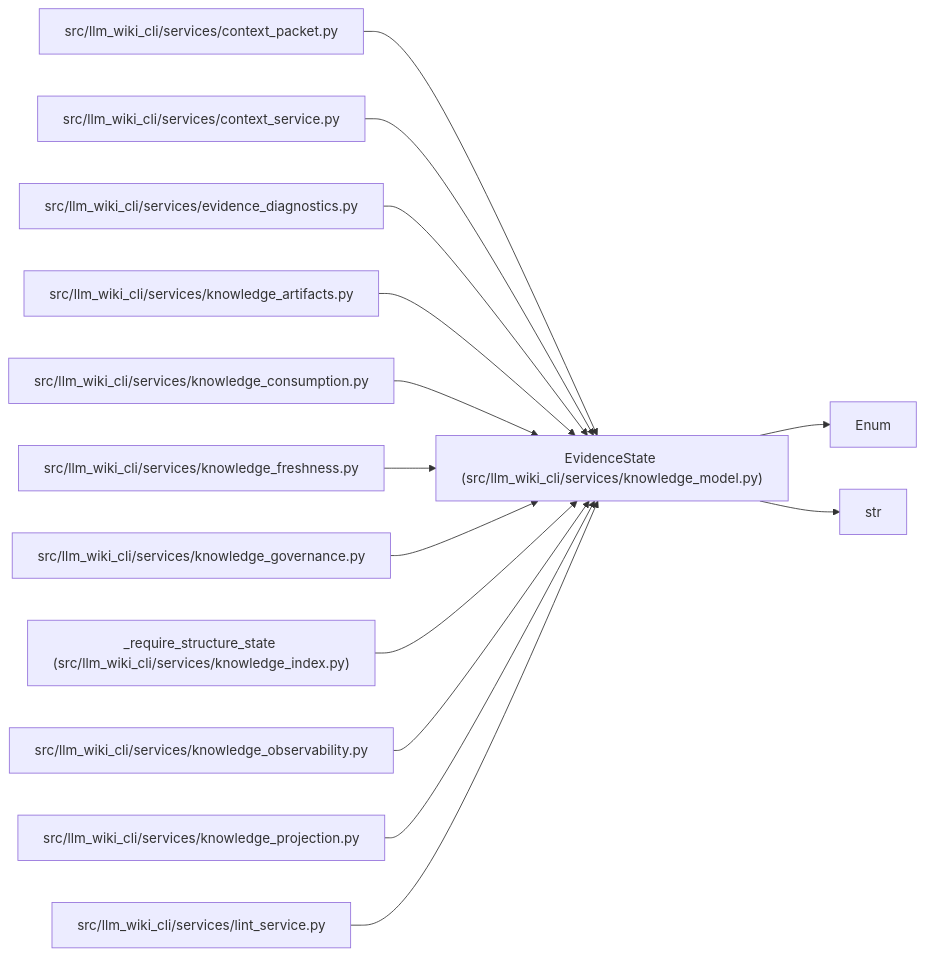
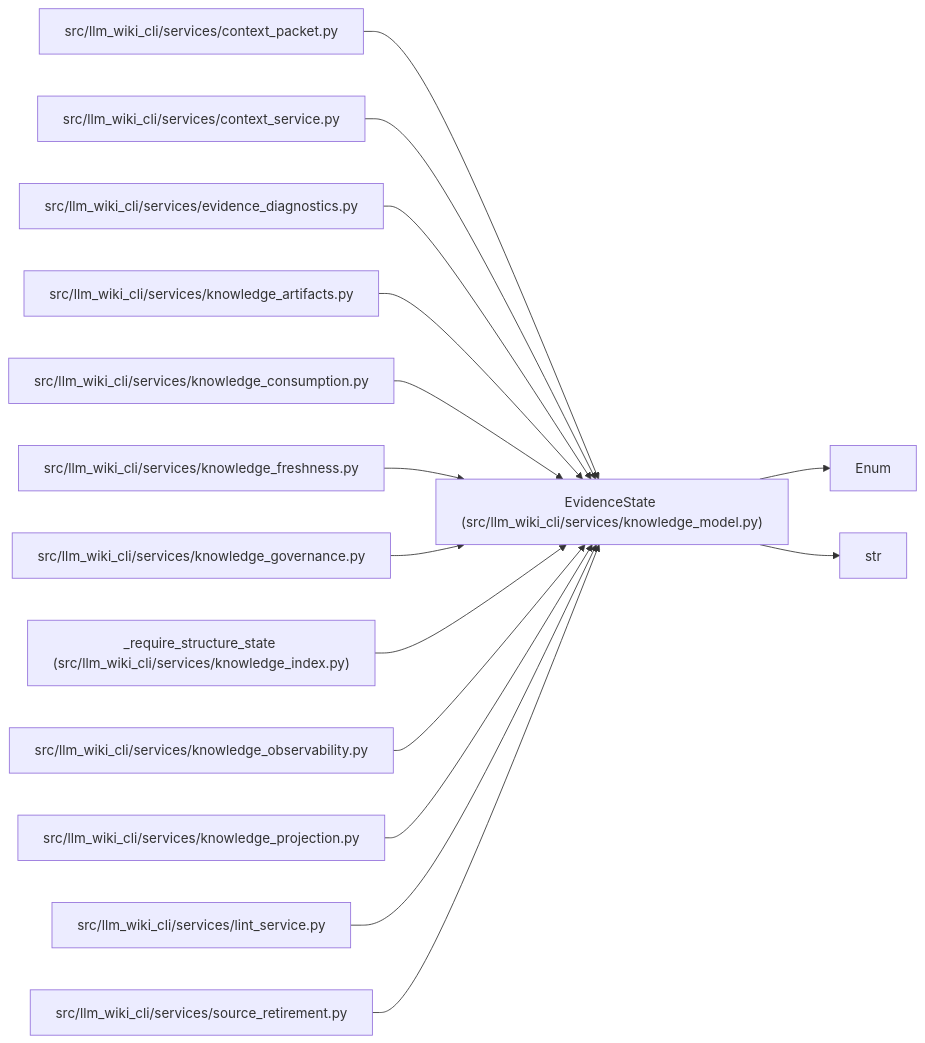
Before and after one commit to Denissvgn/python-wiki-llm: the diagram in docs/llm_wiki/entities/EvidenceState.md, drawn with Mermaid. The commit also changed other lines of this file and 537 other files, not shown here.

````diff
--- a/docs/llm_wiki/entities/EvidenceState.md
+++ b/docs/llm_wiki/entities/EvidenceState.md
@@ -29,42 +29,45 @@
 ```mermaid
 flowchart LR
     n0["EvidenceState (src/llm_wiki_cli/services/knowledge_model.py)"]
     n1["Enum"]
     n2["str"]
     n3["src/llm_wiki_cli/services/context_packet.py"]
     n4["src/llm_wiki_cli/services/context_service.py"]
     n5["src/llm_wiki_cli/services/evidence_diagnostics.py"]
     n6["src/llm_wiki_cli/services/knowledge_artifacts.py"]
     n7["src/llm_wiki_cli/services/knowledge_consumption.py"]
     n8["src/llm_wiki_cli/services/knowledge_freshness.py"]
     n9["src/llm_wiki_cli/services/knowledge_governance.py"]
     n10["_require_structure_state (src/llm_wiki_cli/services/knowledge_index.py)"]
     n11["src/llm_wiki_cli/services/knowledge_observability.py"]
     n12["src/llm_wiki_cli/services/knowledge_projection.py"]
     n13["src/llm_wiki_cli/services/lint_service.py"]
+    n14["src/llm_wiki_cli/services/source_retirement.py"]
     n0 --> n1
     n0 --> n2
     n3 --> n0
     n4 --> n0
     n5 --> n0
     n6 --> n0
     n7 --> n0
     n8 --> n0
     n9 --> n0
     n10 --> n0
     n11 --> n0
     n12 --> n0
     n13 --> n0
+    n14 --> n0
     click n0 "../modules/knowledge_model.md"
     click n3 "../modules/context_packet.md"
     click n4 "../modules/context_service.md"
     click n5 "../modules/evidence_diagnostics.md"
     click n6 "../modules/knowledge_artifacts.md"
     click n7 "../modules/knowledge_consumption.md"
     click n8 "../modules/knowledge_freshness.md"
     click n9 "../modules/knowledge_governance.md"
     click n10 "../modules/knowledge_index.md"
     click n11 "../modules/knowledge_observability.md"
     click n12 "../modules/knowledge_projection.md"
     click n13 "../modules/lint_service.md"
+    click n14 "../modules/source_retirement.md"
 ```
````
